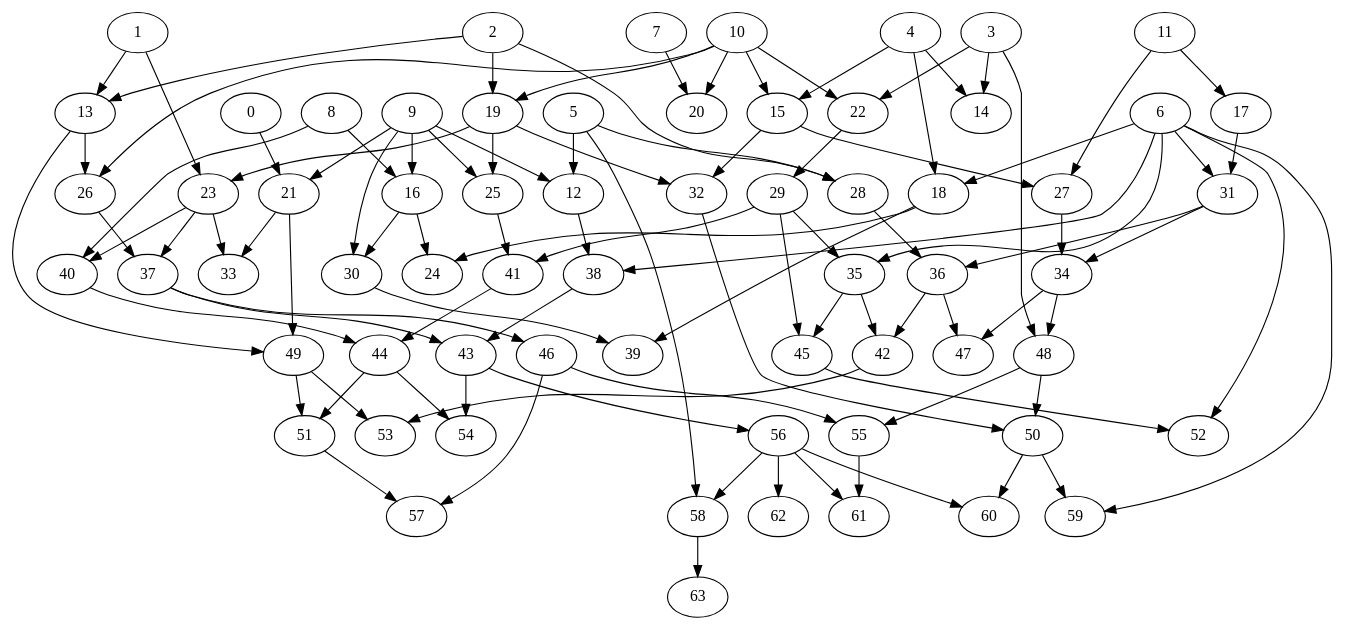
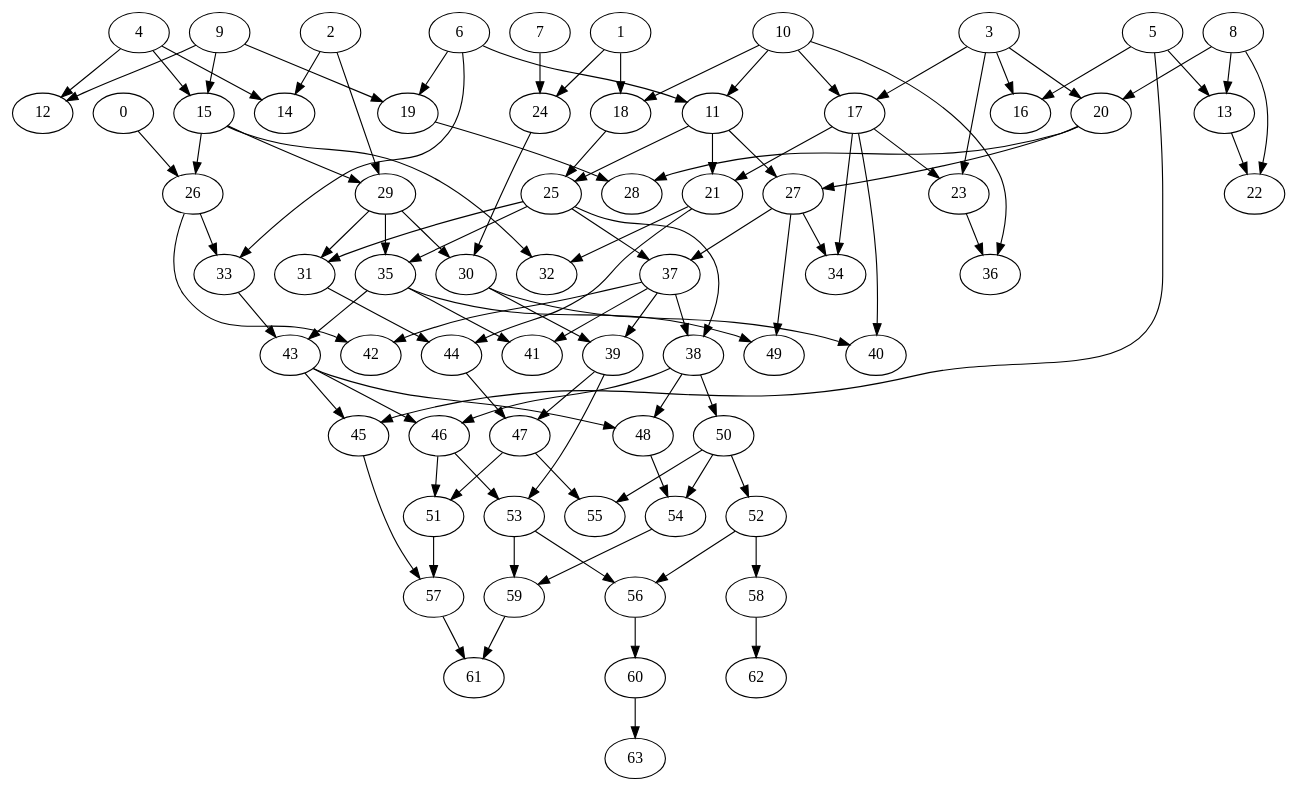
Before and after one commit to Ajax12345/protestGP: the diagram in test.dot, drawn with Graphviz. The commit also changed 7 other files, not shown here.

```diff
--- a/test.dot
+++ b/test.dot
@@ -1,164 +1,166 @@
 strict digraph "" {
 	0	[layer=1];
-	21	[layer=2];
-	0 -> 21;
+	26	[layer=3];
+	0 -> 26;
 	1	[layer=1];
-	13	[layer=2];
-	1 -> 13;
+	18	[layer=2];
+	1 -> 18;
+	24	[layer=2];
+	1 -> 24;
+	2	[layer=1];
+	14	[layer=2];
+	2 -> 14;
+	29	[layer=3];
+	2 -> 29;
+	3	[layer=1];
+	16	[layer=2];
+	3 -> 16;
+	17	[layer=2];
+	3 -> 17;
+	20	[layer=2];
+	3 -> 20;
 	23	[layer=3];
-	1 -> 23;
-	2	[layer=1];
-	2 -> 13;
-	19	[layer=2];
-	2 -> 19;
-	28	[layer=2];
-	2 -> 28;
-	3	[layer=1];
-	14	[layer=2];
-	3 -> 14;
-	22	[layer=2];
-	3 -> 22;
-	48	[layer=5];
-	3 -> 48;
+	3 -> 23;
 	4	[layer=1];
+	12	[layer=2];
+	4 -> 12;
 	4 -> 14;
 	15	[layer=2];
 	4 -> 15;
-	18	[layer=2];
-	4 -> 18;
 	5	[layer=1];
-	12	[layer=2];
-	5 -> 12;
-	5 -> 28;
-	58	[layer=7];
-	5 -> 58;
+	13	[layer=2];
+	5 -> 13;
+	5 -> 16;
+	45	[layer=6];
+	5 -> 45;
 	6	[layer=1];
-	6 -> 18;
-	31	[layer=3];
-	6 -> 31;
-	38	[layer=3];
-	6 -> 38;
-	35	[layer=4];
-	6 -> 35;
-	52	[layer=6];
-	6 -> 52;
-	59	[layer=7];
-	6 -> 59;
+	11	[layer=2];
+	6 -> 11;
+	19	[layer=2];
+	6 -> 19;
+	33	[layer=4];
+	6 -> 33;
 	7	[layer=1];
-	20	[layer=2];
-	7 -> 20;
+	7 -> 24;
 	8	[layer=1];
-	16	[layer=2];
-	8 -> 16;
-	40	[layer=4];
-	8 -> 40;
+	8 -> 13;
+	8 -> 20;
+	22	[layer=3];
+	8 -> 22;
 	9	[layer=1];
 	9 -> 12;
-	9 -> 16;
-	9 -> 21;
+	9 -> 15;
+	9 -> 19;
+	10	[layer=1];
+	10 -> 11;
+	10 -> 17;
+	10 -> 18;
+	36	[layer=4];
+	10 -> 36;
+	21	[layer=3];
+	11 -> 21;
 	25	[layer=3];
-	9 -> 25;
-	30	[layer=3];
-	9 -> 30;
-	10	[layer=1];
-	10 -> 15;
-	10 -> 19;
-	10 -> 20;
-	10 -> 22;
-	26	[layer=3];
-	10 -> 26;
-	11	[layer=1];
-	17	[layer=2];
-	11 -> 17;
+	11 -> 25;
 	27	[layer=3];
 	11 -> 27;
-	12 -> 38;
-	13 -> 26;
-	49	[layer=3];
-	13 -> 49;
-	15 -> 27;
-	32	[layer=3];
+	13 -> 22;
+	15 -> 26;
+	15 -> 29;
+	32	[layer=4];
 	15 -> 32;
-	24	[layer=3];
-	16 -> 24;
-	16 -> 30;
-	17 -> 31;
-	18 -> 24;
-	39	[layer=4];
-	18 -> 39;
-	19 -> 23;
-	19 -> 25;
-	19 -> 32;
-	21 -> 49;
-	33	[layer=4];
-	21 -> 33;
-	29	[layer=3];
-	22 -> 29;
-	36	[layer=4];
-	28 -> 36;
-	23 -> 33;
+	17 -> 21;
+	17 -> 23;
+	34	[layer=4];
+	17 -> 34;
+	40	[layer=5];
+	17 -> 40;
+	18 -> 25;
+	28	[layer=3];
+	19 -> 28;
+	20 -> 27;
+	20 -> 28;
+	30	[layer=4];
+	24 -> 30;
+	21 -> 32;
+	44	[layer=5];
+	21 -> 44;
+	23 -> 36;
+	31	[layer=4];
+	25 -> 31;
+	35	[layer=4];
+	25 -> 35;
 	37	[layer=4];
-	23 -> 37;
-	23 -> 40;
-	41	[layer=4];
-	25 -> 41;
-	26 -> 37;
-	34	[layer=4];
+	25 -> 37;
+	38	[layer=5];
+	25 -> 38;
+	26 -> 33;
+	42	[layer=5];
+	26 -> 42;
 	27 -> 34;
+	27 -> 37;
+	49	[layer=5];
+	27 -> 49;
+	29 -> 30;
+	29 -> 31;
 	29 -> 35;
-	29 -> 41;
-	45	[layer=5];
-	29 -> 45;
+	39	[layer=5];
 	30 -> 39;
-	31 -> 34;
-	31 -> 36;
+	30 -> 40;
+	31 -> 44;
+	43	[layer=5];
+	33 -> 43;
+	41	[layer=5];
+	35 -> 41;
+	35 -> 43;
+	35 -> 49;
+	37 -> 38;
+	37 -> 39;
+	37 -> 41;
+	37 -> 42;
+	46	[layer=6];
+	38 -> 46;
+	48	[layer=6];
+	38 -> 48;
 	50	[layer=6];
-	32 -> 50;
-	43	[layer=5];
-	38 -> 43;
-	51	[layer=6];
-	49 -> 51;
-	53	[layer=6];
-	49 -> 53;
-	47	[layer=5];
-	34 -> 47;
-	34 -> 48;
-	42	[layer=5];
-	35 -> 42;
-	35 -> 45;
-	36 -> 42;
-	36 -> 47;
-	37 -> 43;
-	46	[layer=5];
-	37 -> 46;
-	44	[layer=5];
-	40 -> 44;
-	41 -> 44;
-	42 -> 53;
-	54	[layer=6];
-	43 -> 54;
-	56	[layer=6];
-	43 -> 56;
-	44 -> 51;
-	44 -> 54;
-	45 -> 52;
-	55	[layer=6];
-	46 -> 55;
-	57	[layer=7];
-	46 -> 57;
-	48 -> 50;
-	48 -> 55;
-	50 -> 59;
-	60	[layer=7];
-	50 -> 60;
+	38 -> 50;
+	47	[layer=6];
+	39 -> 47;
+	53	[layer=7];
+	39 -> 53;
+	43 -> 45;
+	43 -> 46;
+	43 -> 48;
+	44 -> 47;
+	57	[layer=8];
+	45 -> 57;
+	51	[layer=7];
+	46 -> 51;
+	46 -> 53;
+	47 -> 51;
+	55	[layer=7];
+	47 -> 55;
+	54	[layer=7];
+	48 -> 54;
+	52	[layer=7];
+	50 -> 52;
+	50 -> 54;
+	50 -> 55;
 	51 -> 57;
-	61	[layer=7];
-	55 -> 61;
-	56 -> 58;
+	56	[layer=8];
+	52 -> 56;
+	58	[layer=8];
+	52 -> 58;
+	53 -> 56;
+	59	[layer=8];
+	53 -> 59;
+	54 -> 59;
+	60	[layer=9];
 	56 -> 60;
-	56 -> 61;
-	62	[layer=7];
-	56 -> 62;
-	63	[layer=8];
-	58 -> 63;
+	61	[layer=9];
+	57 -> 61;
+	62	[layer=9];
+	58 -> 62;
+	59 -> 61;
+	63	[layer=10];
+	60 -> 63;
 }
```
